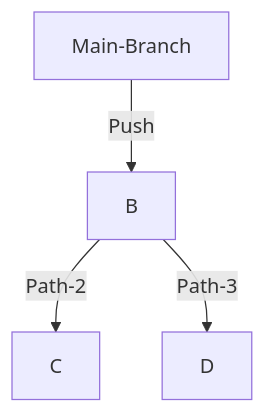
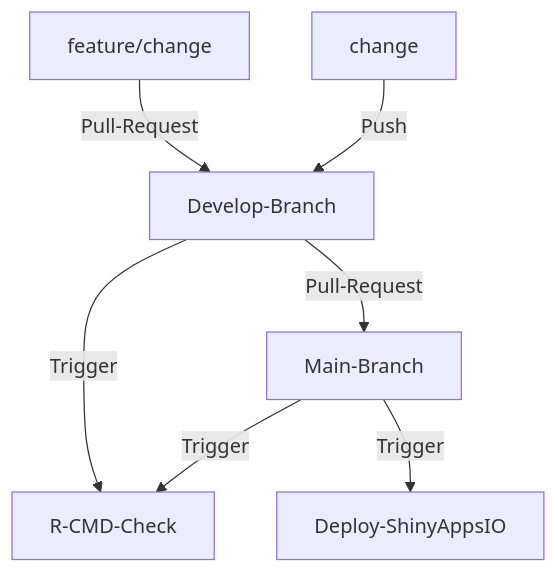
Before and after one commit to spriyansh/PCAdash: the diagram in README.md, drawn with Mermaid.

````diff
--- a/README.md
+++ b/README.md
@@ -35,6 +35,10 @@
 ```mermaid
 graph TD;
-    Main-Branch-->|Push|B;
-    B-->|Path-2|C;
-    B-->|Path-3|D;
+    feature/change-->|Pull-Request|Develop-Branch;
+    Develop-Branch-->|Trigger|R-CMD-Check;
+    change-->|Push|Develop-Branch;
+    Develop-Branch-->|Pull-Request|Main-Branch;
+    Main-Branch-->|Trigger|R-CMD-Check;
+    Main-Branch-->|Trigger|Deploy-ShinyAppsIO;
+    
 ```
````
